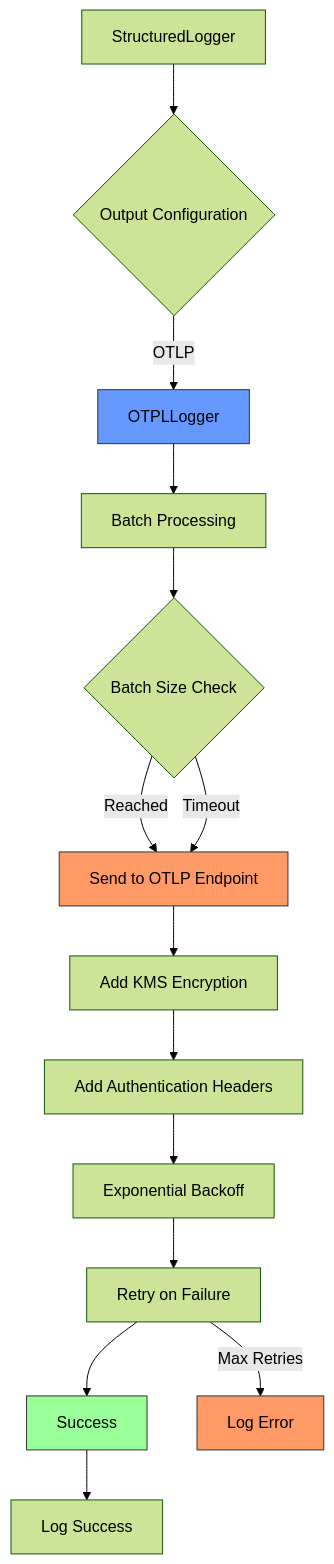
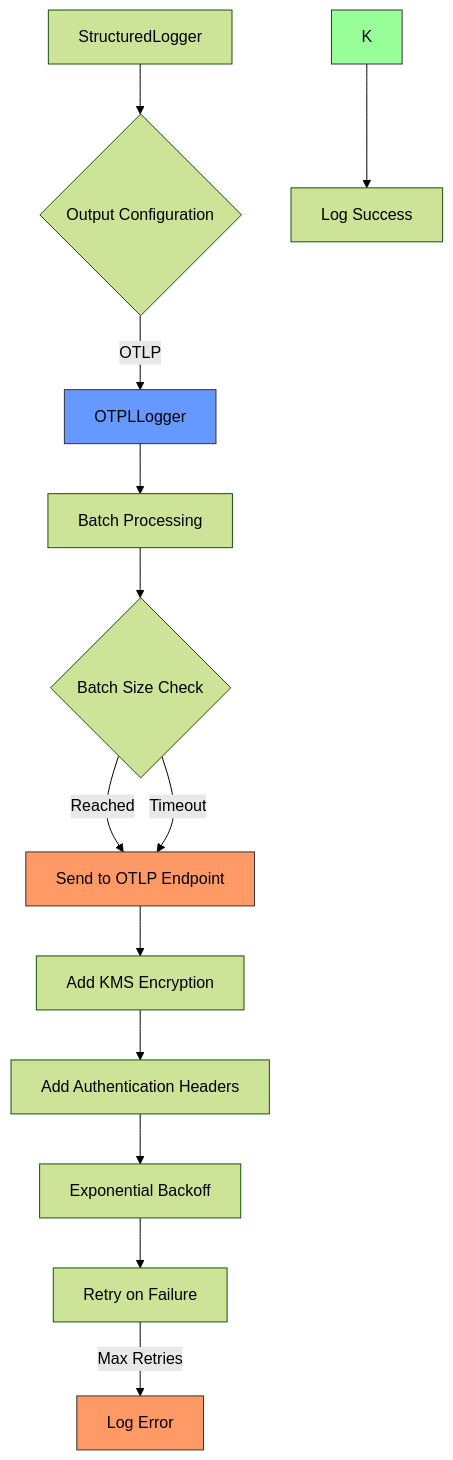
Before and after one commit to smedrec/smart-logs: the seventh of 11 diagrams in .qoder/repowiki/en/content/OpenObserve Logging and Observability.md, drawn with Mermaid (forest theme). The commit also changed other lines of this file and 27 other files, not shown here.

````diff
--- a/.qoder/repowiki/en/content/OpenObserve Logging and Observability.md
+++ b/.qoder/repowiki/en/content/OpenObserve Logging and Observability.md
@@ -248,20 +256,19 @@
 ```mermaid
 flowchart TD
 A[StructuredLogger] --> B{Output Configuration}
 B --> |OTLP| C[OTPLLogger]
 C --> D[Batch Processing]
 D --> E{Batch Size Check}
 E --> |Reached| F[Send to OTLP Endpoint]
 E --> |Timeout| F
 F --> G[Add KMS Encryption]
 G --> H[Add Authentication Headers]
 H --> I[Exponential Backoff]
 I --> J[Retry on Failure]
-J --> K[Success]
 J --> |Max Retries| L[Log Error]
 K --> M[Log Success]
 style C fill:#69f,stroke:#333
 style F fill:#f96,stroke:#333
 style K fill:#9f9,stroke:#333
 style L fill:#f96,stroke:#333
 ```
````
